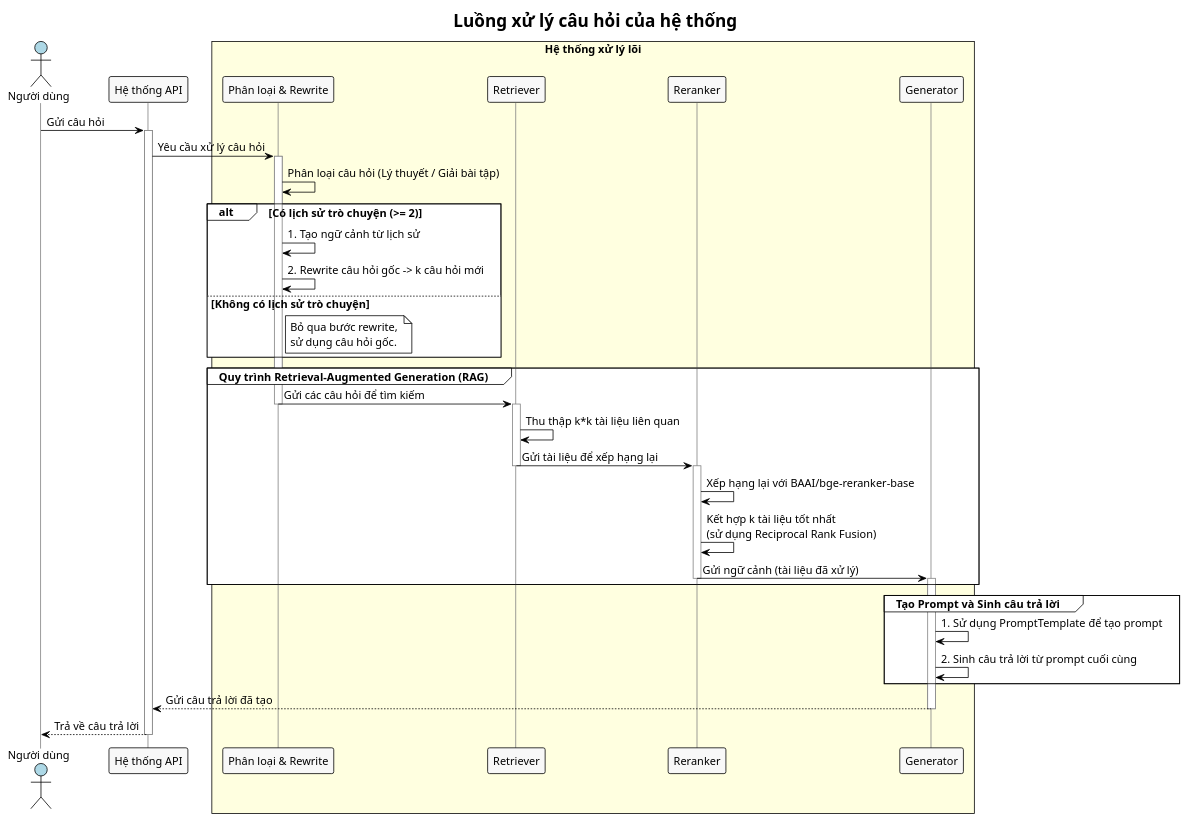
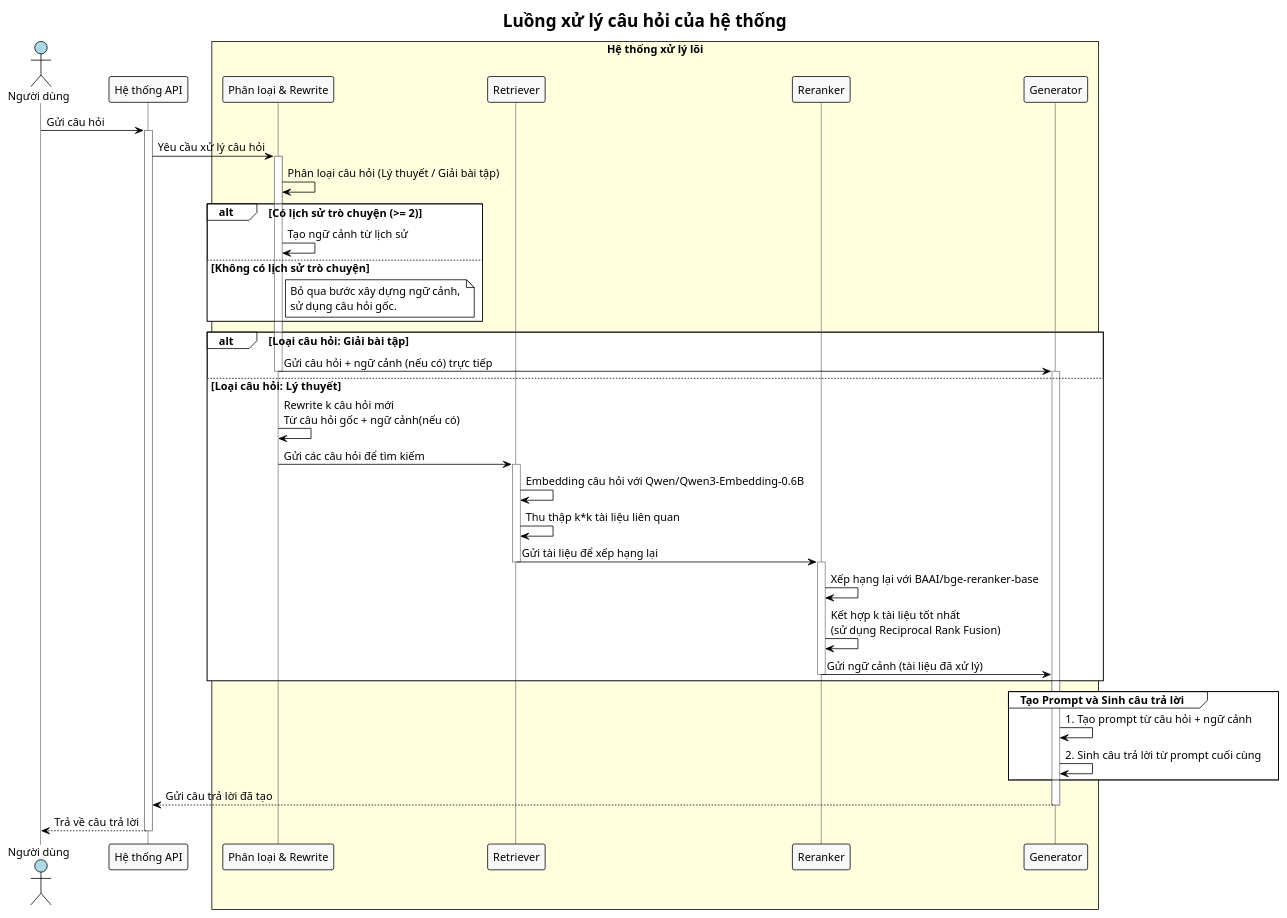
One commit to hiepnguyen-99/RAG-Solve-Math changed the diagram in diagram/system_workflow.plantuml. Above: the diagram before and after it, drawn with PlantUML.

Commit message:
sửa

```diff
--- a/diagram/system_workflow.plantuml
+++ b/diagram/system_workflow.plantuml
@@ -1,73 +1,74 @@
 @startuml Luồng Xử Lý Câu Hỏi
 !theme plain
-' Cài đặt giao diện cho sơ đồ
 skinparam defaultFontName "Arial"
 skinparam defaultFontSize 14
 skinparam sequenceActorBorderColor black
 skinparam sequenceParticipantBorderColor black
 skinparam sequenceArrowColor black
 skinparam sequenceLifeLineBorderColor gray
 skinparam actorBackgroundColor #ADD8E6
 skinparam participantBackgroundColor #F8F8F8
 
 title Luồng xử lý câu hỏi của hệ thống
 
-' Khai báo các tác nhân và thành phần hệ thống
 actor "Người dùng" as User
 participant "Hệ thống API" as API
 box "Hệ thống xử lý lõi" #LightYellow
     participant "Phân loại & Rewrite" as ClassRewrite
     participant "Retriever" as Retriever
     participant "Reranker" as Reranker
     participant "Generator" as Generator
 end box
 
-' Bắt đầu luồng
 User -> API : Gửi câu hỏi
 activate API
 
 API -> ClassRewrite : Yêu cầu xử lý câu hỏi
 activate ClassRewrite
 
 ClassRewrite -> ClassRewrite : Phân loại câu hỏi (Lý thuyết / Giải bài tập)
 
-' Kiểm tra điều kiện có lịch sử trò chuyện hay không
+' Xây dựng ngữ cảnh từ lịch sử cho cả hai loại
 alt Có lịch sử trò chuyện (>= 2)
-    ClassRewrite -> ClassRewrite : 1. Tạo ngữ cảnh từ lịch sử
-    ClassRewrite -> ClassRewrite : 2. Rewrite câu hỏi gốc -> k câu hỏi mới
+    ClassRewrite -> ClassRewrite : Tạo ngữ cảnh từ lịch sử
 else Không có lịch sử trò chuyện
-    note right of ClassRewrite : Bỏ qua bước rewrite, \nsử dụng câu hỏi gốc.
+    note right of ClassRewrite : Bỏ qua bước xây dựng ngữ cảnh, \nsử dụng câu hỏi gốc.
 end
 
-' Bắt đầu quy trình RAG
-group Quy trình Retrieval-Augmented Generation (RAG)
+alt Loại câu hỏi: Giải bài tập
+    ClassRewrite -> Generator : Gửi câu hỏi + ngữ cảnh (nếu có) trực tiếp
+    deactivate ClassRewrite
+    activate Generator
+
+else Loại câu hỏi: Lý thuyết
+    ClassRewrite -> ClassRewrite : Rewrite k câu hỏi mới \nTừ câu hỏi gốc + ngữ cảnh(nếu có)
+
     ClassRewrite -> Retriever : Gửi các câu hỏi để tìm kiếm
     deactivate ClassRewrite
     activate Retriever
 
+    Retriever -> Retriever : Embedding câu hỏi với Qwen/Qwen3-Embedding-0.6B
     Retriever -> Retriever : Thu thập k*k tài liệu liên quan
     Retriever -> Reranker : Gửi tài liệu để xếp hạng lại
     deactivate Retriever
     activate Reranker
 
     Reranker -> Reranker : Xếp hạng lại với BAAI/bge-reranker-base
     Reranker -> Reranker : Kết hợp k tài liệu tốt nhất\n(sử dụng Reciprocal Rank Fusion)
 
     Reranker -> Generator : Gửi ngữ cảnh (tài liệu đã xử lý)
     deactivate Reranker
-    activate Generator
 end
 
-' Tạo prompt và sinh câu trả lời
 group Tạo Prompt và Sinh câu trả lời
-    Generator -> Generator : 1. Sử dụng PromptTemplate để tạo prompt
+    Generator -> Generator : 1. Tạo prompt từ câu hỏi + ngữ cảnh
     Generator -> Generator : 2. Sinh câu trả lời từ prompt cuối cùng
 end
 
 Generator --> API : Gửi câu trả lời đã tạo
 deactivate Generator
 
 API --> User : Trả về câu trả lời
 deactivate API
 
 @enduml
```
